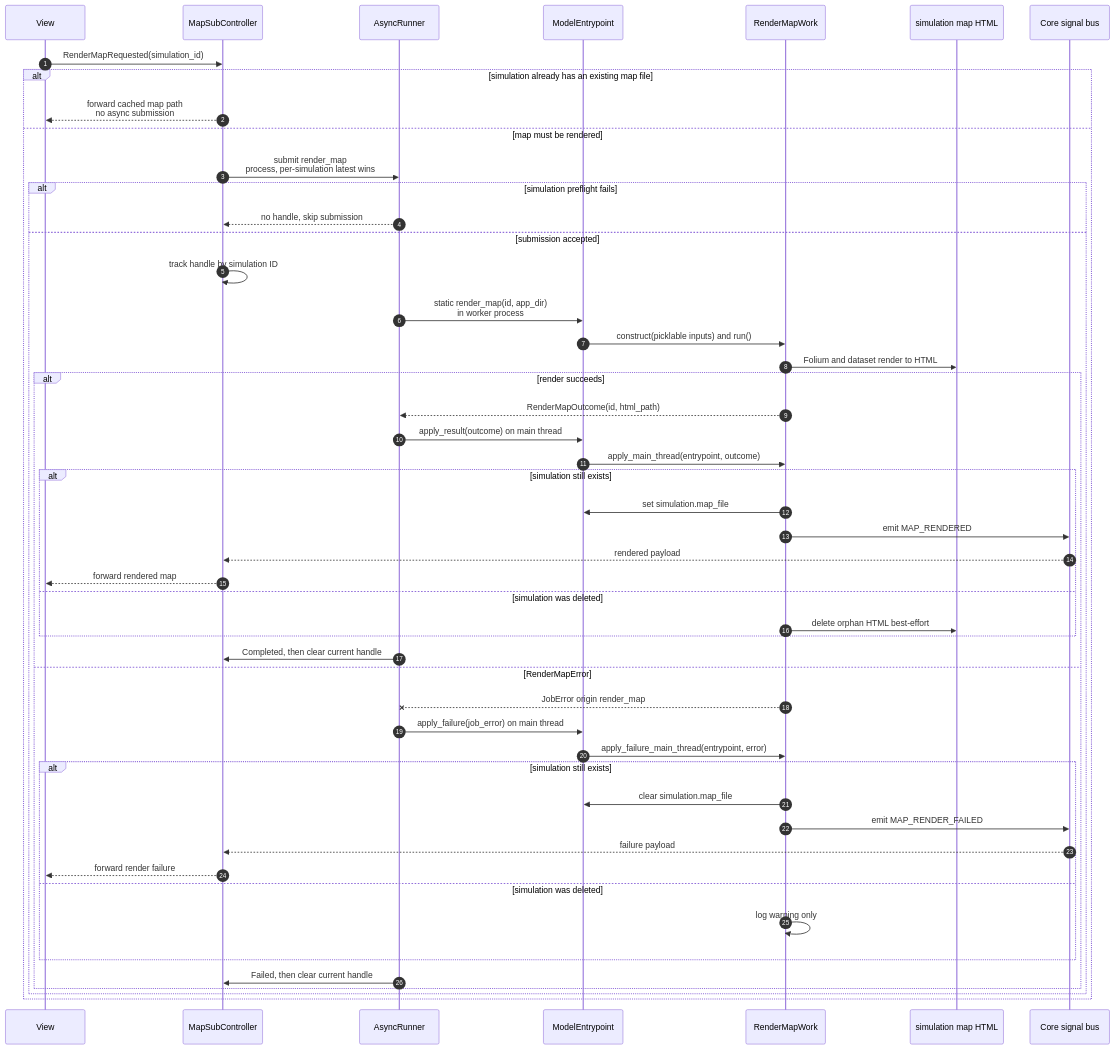
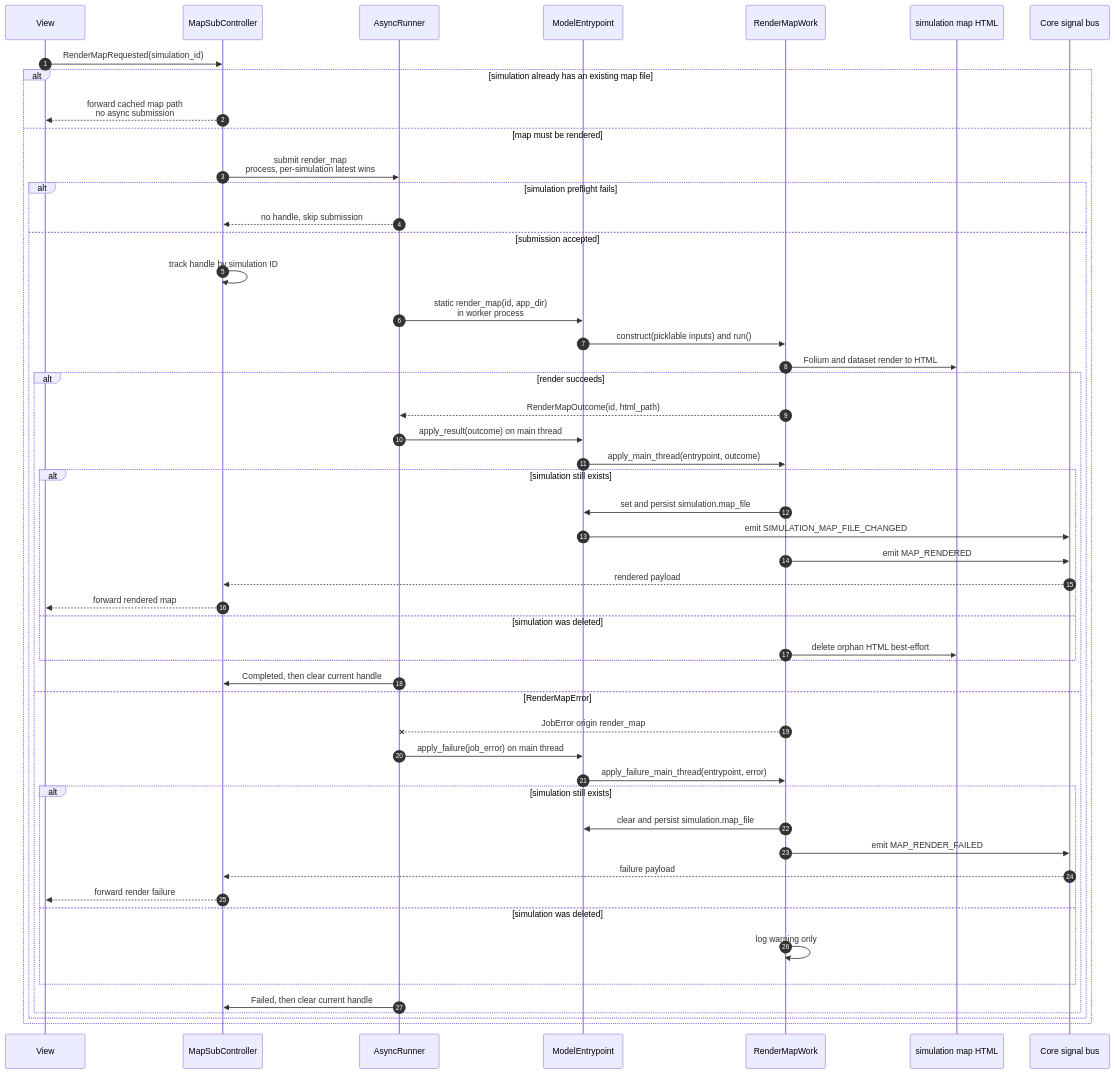
The diagram in src/core/work/render_map_work.md (LeoooJR/AROW), drawn with Mermaid before and after one commit. The commit also changed other lines of this file and 16 other files, not shown here.

````diff
--- a/src/core/work/render_map_work.md
+++ b/src/core/work/render_map_work.md
@@ -9,53 +9,54 @@
 ```mermaid
 sequenceDiagram
     autonumber
     participant View
     participant Controller as MapSubController
     participant Runner as AsyncRunner
     participant Entrypoint as ModelEntrypoint
     participant Work as RenderMapWork
     participant Disk as simulation map HTML
     participant Bus as Core signal bus
 
     View->>Controller: RenderMapRequested(simulation_id)
     alt simulation already has an existing map file
         Controller-->>View: forward cached map path<br/>no async submission
     else map must be rendered
         Controller->>Runner: submit render_map<br/>process, per-simulation latest wins
         alt simulation preflight fails
             Runner-->>Controller: no handle, skip submission
         else submission accepted
             Controller->>Controller: track handle by simulation ID
             Runner->>Entrypoint: static render_map(id, app_dir)<br/>in worker process
             Entrypoint->>Work: construct(picklable inputs) and run()
             Work->>Disk: Folium and dataset render to HTML
             alt render succeeds
                 Work-->>Runner: RenderMapOutcome(id, html_path)
                 Runner->>Entrypoint: apply_result(outcome) on main thread
                 Entrypoint->>Work: apply_main_thread(entrypoint, outcome)
                 alt simulation still exists
-                    Work->>Entrypoint: set simulation.map_file
+                    Work->>Entrypoint: set and persist simulation.map_file
+                    Entrypoint->>Bus: emit SIMULATION_MAP_FILE_CHANGED
                     Work->>Bus: emit MAP_RENDERED
                     Bus-->>Controller: rendered payload
                     Controller-->>View: forward rendered map
                 else simulation was deleted
                     Work->>Disk: delete orphan HTML best-effort
                 end
                 Runner->>Controller: Completed, then clear current handle
             else RenderMapError
                 Work--xRunner: JobError origin render_map
                 Runner->>Entrypoint: apply_failure(job_error) on main thread
                 Entrypoint->>Work: apply_failure_main_thread(entrypoint, error)
                 alt simulation still exists
-                    Work->>Entrypoint: clear simulation.map_file
+                    Work->>Entrypoint: clear and persist simulation.map_file
                     Work->>Bus: emit MAP_RENDER_FAILED
                     Bus-->>Controller: failure payload
                     Controller-->>View: forward render failure
                 else simulation was deleted
                     Work->>Work: log warning only
                 end
                 Runner->>Controller: Failed, then clear current handle
             end
         end
     end
 ```
````
